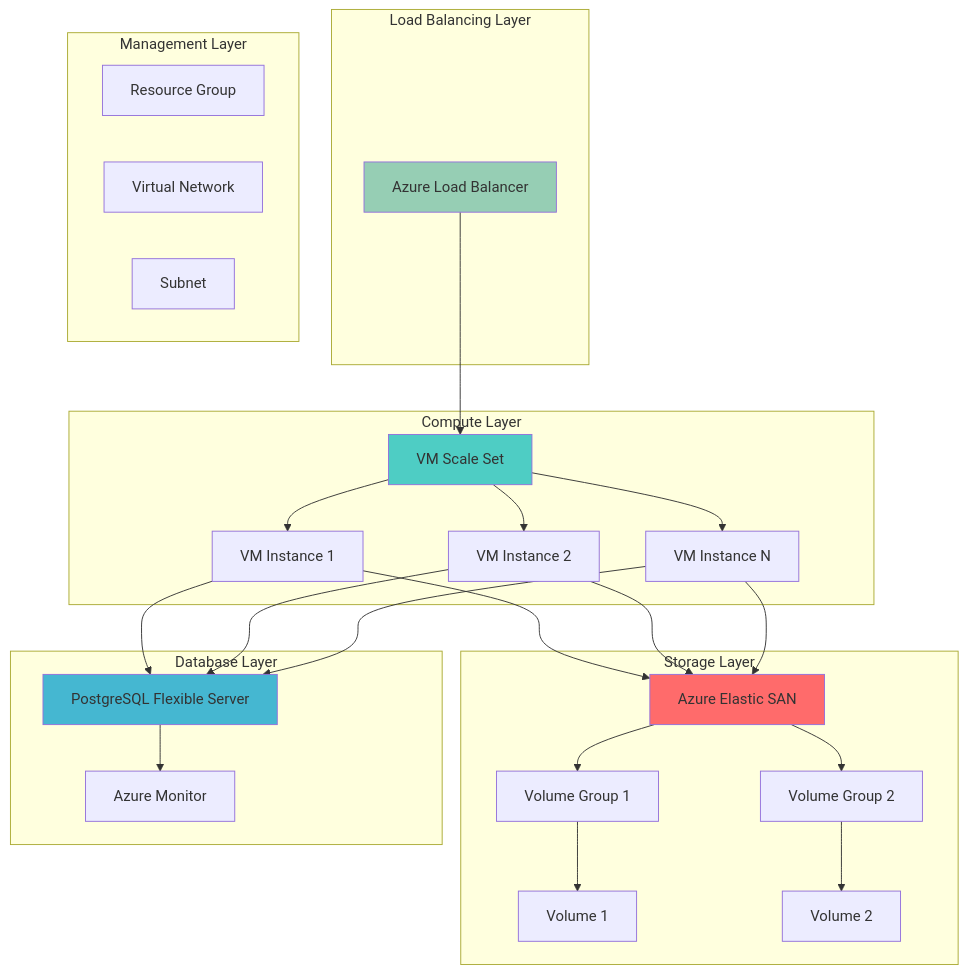
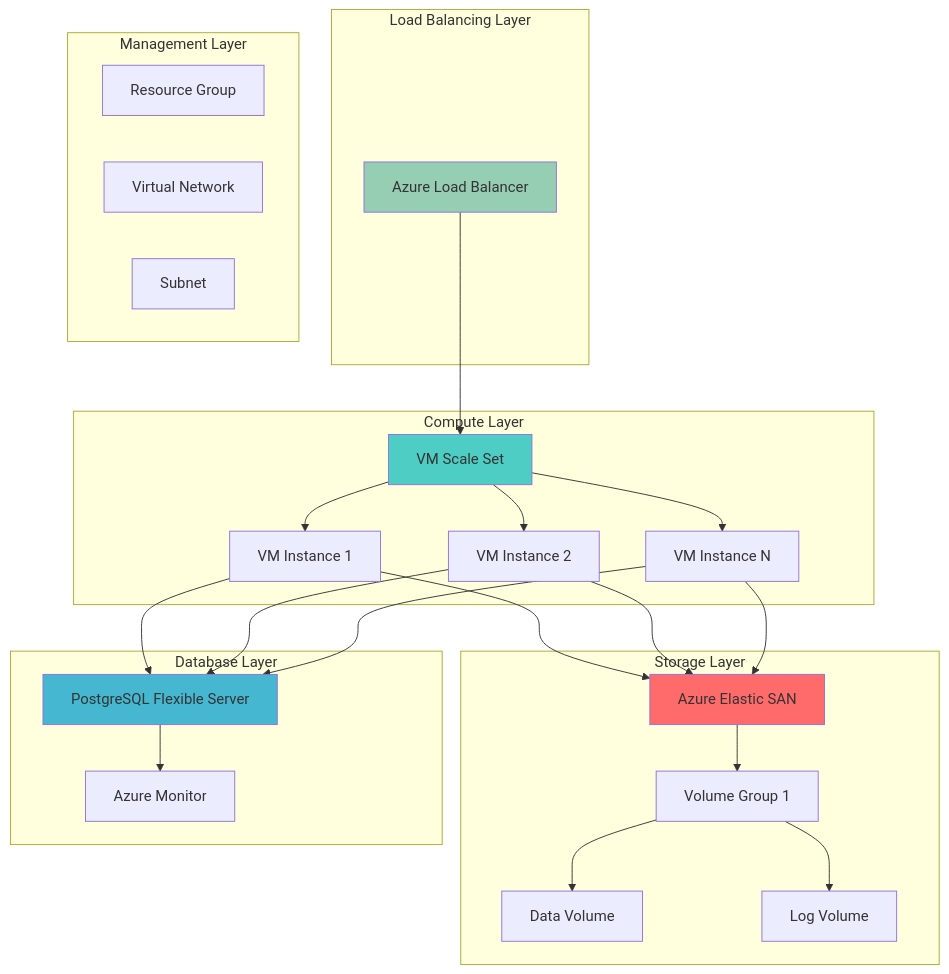
The diagram in azure/high-performance-database-elastic-san-vmss/high-performance-database-elastic-san-vmss.md (mzazon/awesome-cloud-projects), drawn with Mermaid before and after one commit. The commit also changed other lines of this file and 5581 other files, not shown here.

````diff
--- a/azure/high-performance-database-elastic-san-vmss/high-performance-database-elastic-san-vmss.md
+++ b/azure/high-performance-database-elastic-san-vmss/high-performance-database-elastic-san-vmss.md
@@ -30,57 +30,55 @@
 ```mermaid
 graph TB
     subgraph "Load Balancing Layer"
         ALB[Azure Load Balancer]
     end
     
     subgraph "Compute Layer"
         VMSS[VM Scale Set]
         VM1[VM Instance 1]
         VM2[VM Instance 2]
         VM3[VM Instance N]
     end
     
     subgraph "Storage Layer"
         ESAN[Azure Elastic SAN]
         VG1[Volume Group 1]
-        VG2[Volume Group 2]
-        VOL1[Volume 1]
-        VOL2[Volume 2]
+        VOL1[Data Volume]
+        VOL2[Log Volume]
     end
     
     subgraph "Database Layer"
         PG[PostgreSQL Flexible Server]
         MON[Azure Monitor]
     end
     
     subgraph "Management Layer"
         RG[Resource Group]
         VNET[Virtual Network]
         SUB[Subnet]
     end
     
     ALB --> VMSS
     VMSS --> VM1
     VMSS --> VM2
     VMSS --> VM3
     
     VM1 --> ESAN
     VM2 --> ESAN
     VM3 --> ESAN
     
     ESAN --> VG1
-    ESAN --> VG2
     VG1 --> VOL1
-    VG2 --> VOL2
+    VG1 --> VOL2
     
     VM1 --> PG
     VM2 --> PG
     VM3 --> PG
     
     PG --> MON
     
     style ESAN fill:#FF6B6B
     style VMSS fill:#4ECDC4
     style PG fill:#45B7D1
     style ALB fill:#96CEB4
 ```
````
